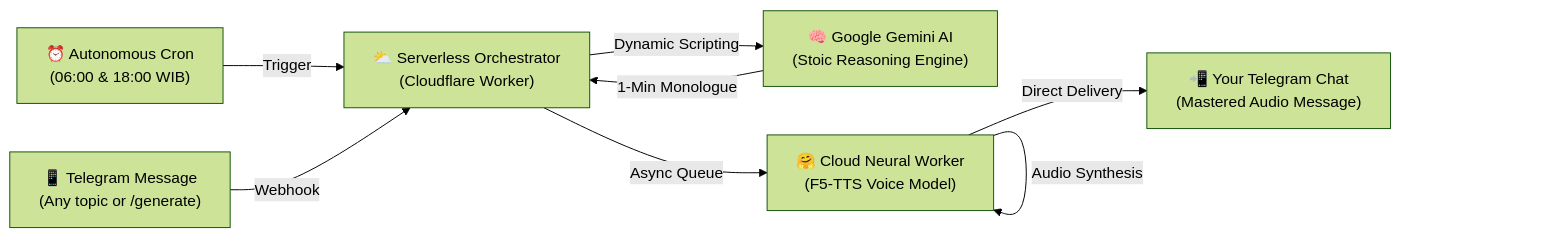
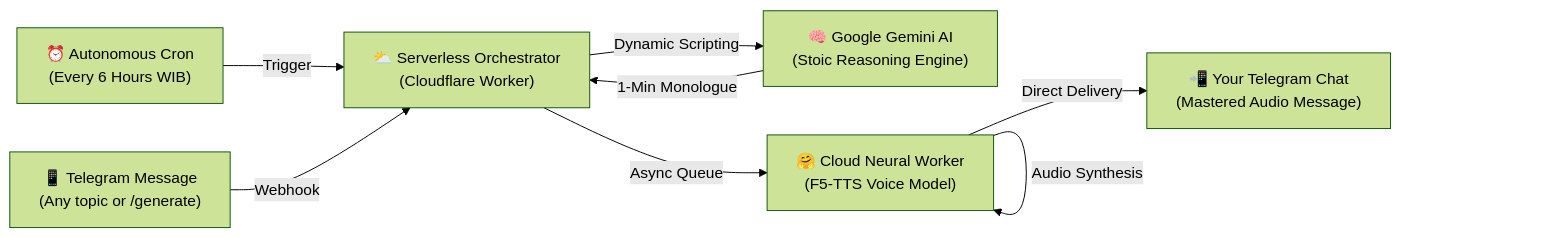
The diagram in README.md (ifjika/personal-os), drawn with Mermaid (forest theme) before and after one commit. The commit also changed other lines of this file and 5 other files, not shown here.

````diff
--- a/README.md
+++ b/README.md
@@ -30,13 +29,13 @@
 ```mermaid
 flowchart LR
-    A["⏰ Autonomous Cron\n(06:00 & 18:00 WIB)"] -->|Trigger| B["⛅ Serverless Orchestrator\n(Cloudflare Worker)"]
+    A["⏰ Autonomous Cron\n(Every 6 Hours WIB)"] -->|Trigger| B["⛅ Serverless Orchestrator\n(Cloudflare Worker)"]
     U["📱 Telegram Message\n(Any topic or /generate)"] -->|Webhook| B
 
     B -->|Dynamic Scripting| C["🧠 Google Gemini AI\n(Stoic Reasoning Engine)"]
     C -->|1-Min Monologue| B
 
     B -->|Async Queue| D["🤗 Cloud Neural Worker\n(F5-TTS Voice Model)"]
     D -->|Audio Synthesis| D
 
     D -->|Direct Delivery| T["📲 Your Telegram Chat\n(Mastered Audio Message)"]
 ```
````
